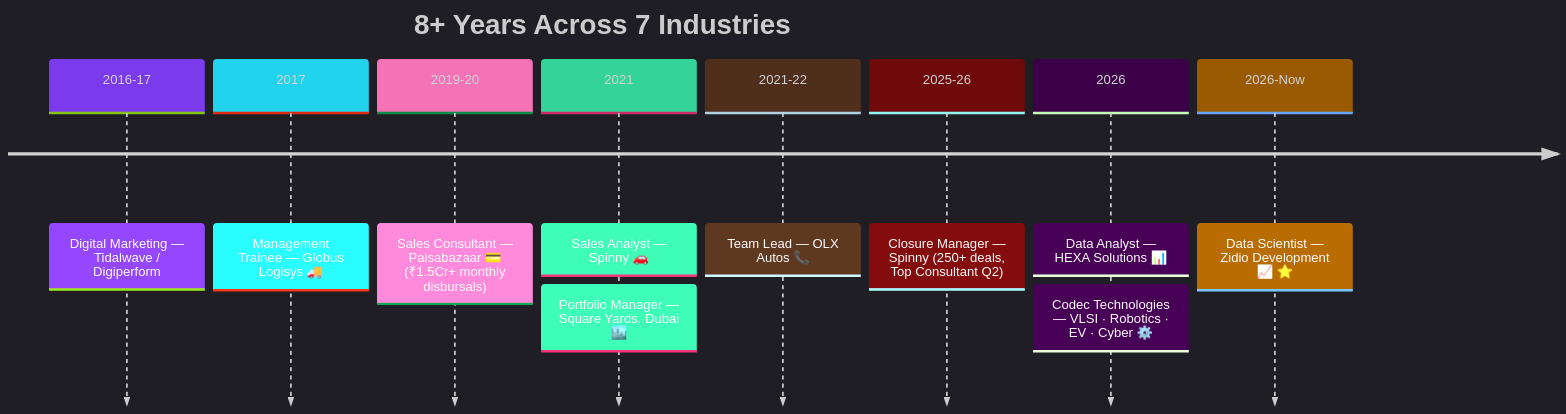
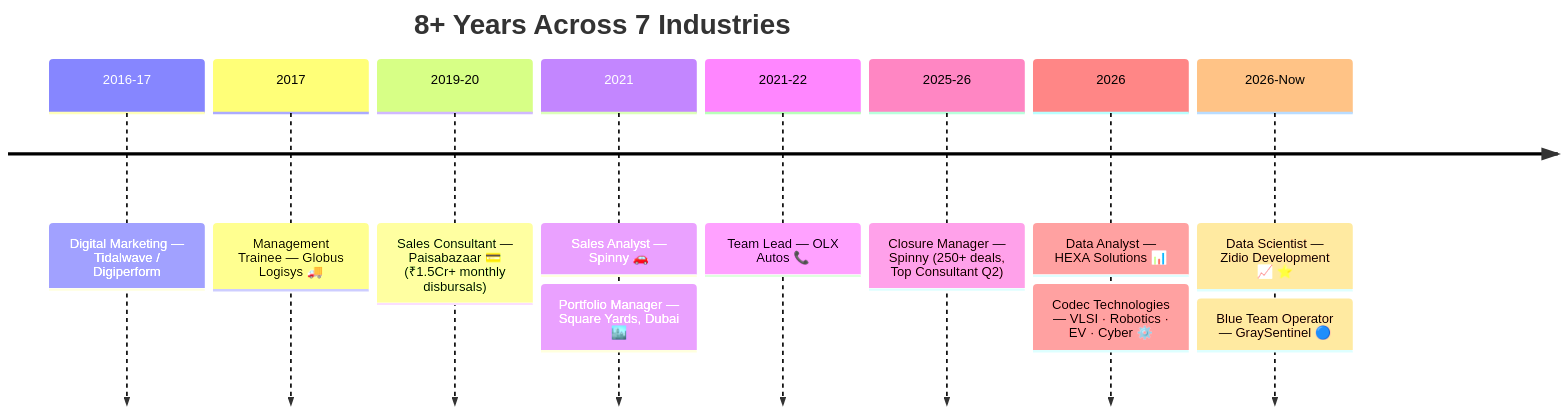
One commit to Eswar5313/Eswar5313 changed the diagram in README_Dashboard.md. Above: the diagram before and after it, drawn with Mermaid. The commit also changed other lines of this file, not shown here.

````diff
--- a/README_Dashboard.md
+++ b/README_Dashboard.md
@@ -179,13 +172,12 @@
 ```mermaid
-%%{init: {'theme':'dark','themeVariables':{'primaryColor':'#1E1B4B','primaryTextColor':'#E5E7EB','primaryBorderColor':'#22D3EE','lineColor':'#7C3AED','cScale0':'#7C3AED','cScale1':'#22D3EE','cScale2':'#F472B6','cScale3':'#34D399','pie1':'#7C3AED','pie2':'#22D3EE','pie3':'#F472B6','pie4':'#34D399','pie5':'#A78BFA','pie6':'#FBBF24'}}}%%
 timeline
     title 8+ Years Across 7 Industries
     2016-17 : Digital Marketing — Tidalwave / Digiperform
     2017 : Management Trainee — Globus Logisys 🚚
     2019-20 : Sales Consultant — Paisabazaar 💳 (₹1.5Cr+ monthly disbursals)
     2021 : Sales Analyst — Spinny 🚗 : Portfolio Manager — Square Yards, Dubai 🏙️
     2021-22 : Team Lead — OLX Autos 📞
     2025-26 : Closure Manager — Spinny (250+ deals, Top Consultant Q2)
     2026 : Data Analyst — HEXA Solutions 📊 : Codec Technologies — VLSI · Robotics · EV · Cyber ⚙️
-    2026-Now : Data Scientist — Zidio Development 📈 ⭐
+    2026-Now : Data Scientist — Zidio Development 📈 ⭐ : Blue Team Operator — GraySentinel 🔵
 ```
````
